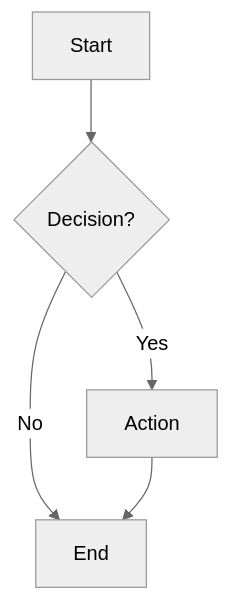
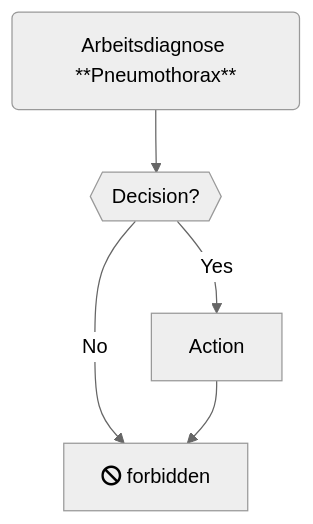
The diagram in content/Pneu.md (vncntwbr/notfallbausteine), drawn with Mermaid (neutral theme) before and after one commit.

Commit message:
Quartz sync: Mar 28, 2026, 4:07 PM

````diff
--- a/content/Pneu.md
+++ b/content/Pneu.md
@@ -15,7 +15,8 @@
 ```mermaid
 flowchart TD
-    A[Start] --> B{Decision?}
+    A("Arbeitsdiagnose **Pneumothorax**") --> B{{Decision?}}
     B -->|Yes| C[Action]
-    B -->|No| D[End]
+    B -->|No| D[fa:fa-ban forbidden]
     C --> D
+    click C "https://www.github.com" "Open this in a new tab" _blank
 ```
````
